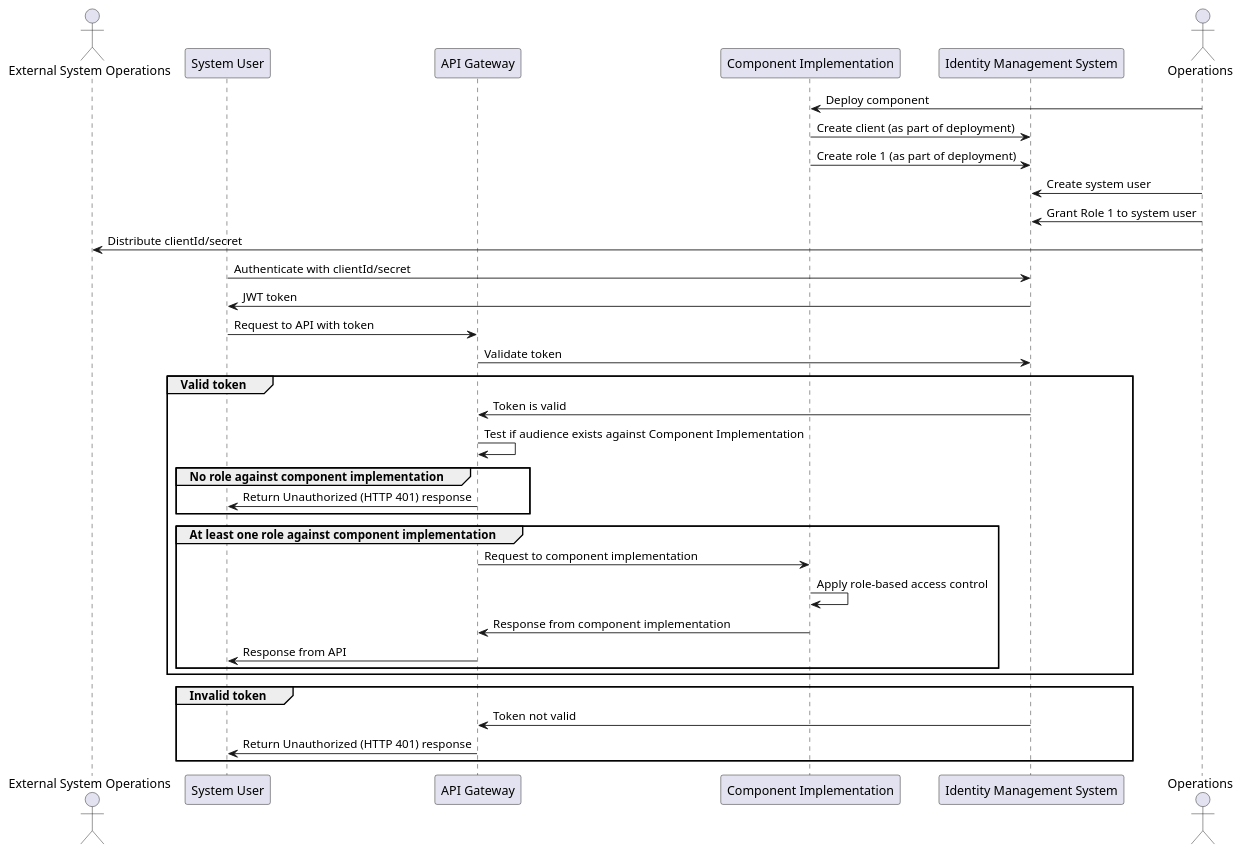
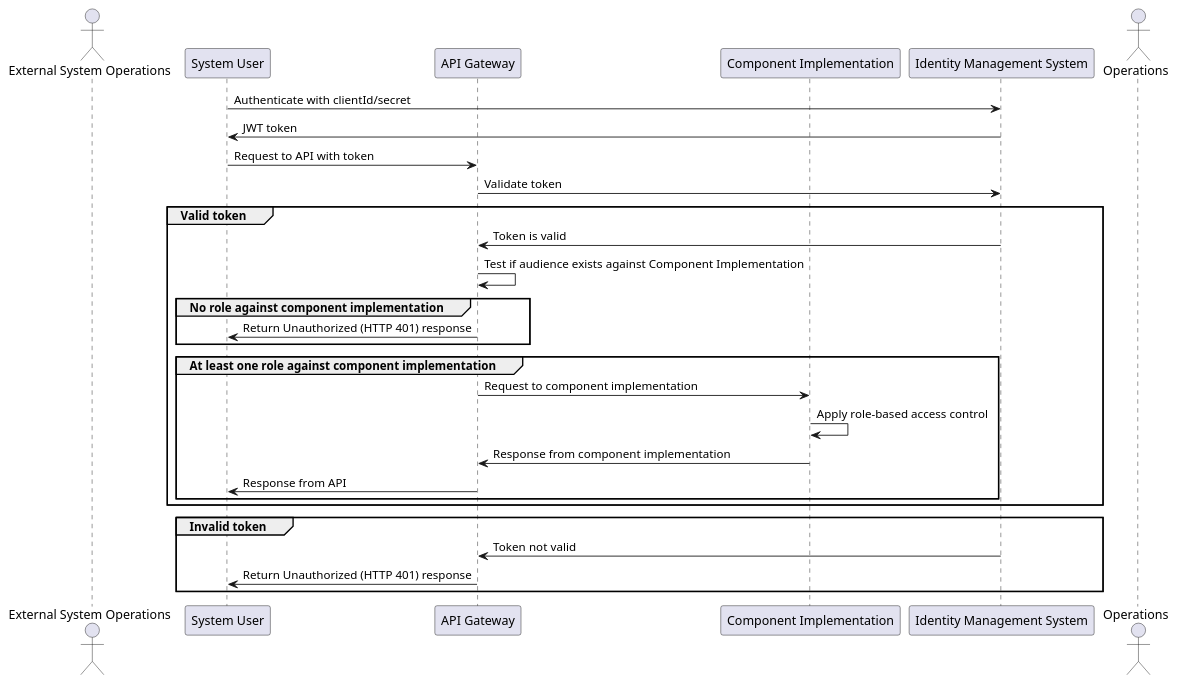
Before and after one commit to tmforum-oda/oda-canvas: the diagram in oda-canvas-ctk/usecase-library/pumlFiles/authentication-external-system.puml, drawn with PlantUML. The commit also changed 2 other files, not shown here.

Commit message:
Updated usecase 7 to separate access management

```diff
--- a/oda-canvas-ctk/usecase-library/pumlFiles/authentication-external-system.puml
+++ b/oda-canvas-ctk/usecase-library/pumlFiles/authentication-external-system.puml
@@ -1,42 +1,36 @@
 @startuml
 
 actor externalSystemOperations as "External System Operations"
 participant SystemUser as "System User"
 participant APIGateway as "API Gateway"
 participant ComponentImplementation as "Component Implementation"
 participant IdentityManagementSystem as "Identity Management System"
 actor Operations
 
-Operations -> ComponentImplementation: Deploy component
-ComponentImplementation -> IdentityManagementSystem: Create client (as part of deployment)
-ComponentImplementation -> IdentityManagementSystem: Create role 1 (as part of deployment)
-Operations -> IdentityManagementSystem : Create system user
-Operations -> IdentityManagementSystem : Grant Role 1 to system user
-Operations -> externalSystemOperations: Distribute clientId/secret
 SystemUser -> IdentityManagementSystem : Authenticate with clientId/secret
 SystemUser <- IdentityManagementSystem : JWT token
 
 SystemUser -> APIGateway : Request to API with token
 APIGateway -> IdentityManagementSystem: Validate token
 
 group Valid token
     APIGateway <- IdentityManagementSystem: Token is valid
     APIGateway -> APIGateway: Test if audience exists against Component Implementation
     group No role against component implementation
         APIGateway -> SystemUser : Return Unauthorized (HTTP 401) response
     end
     group At least one role against component implementation
         APIGateway -> ComponentImplementation: Request to component implementation
         ComponentImplementation -> ComponentImplementation: Apply role-based access control
         APIGateway <- ComponentImplementation: Response from component implementation
         SystemUser <- APIGateway : Response from API
     end
 end
 
 group Invalid token
     APIGateway <- IdentityManagementSystem: Token not valid
     APIGateway -> SystemUser : Return Unauthorized (HTTP 401) response
 end
 
 
 @enduml
```
